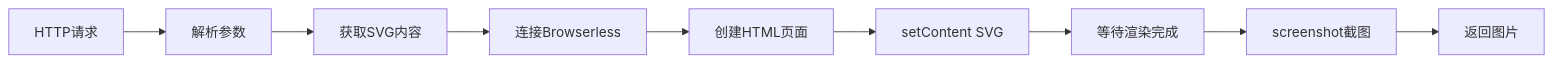
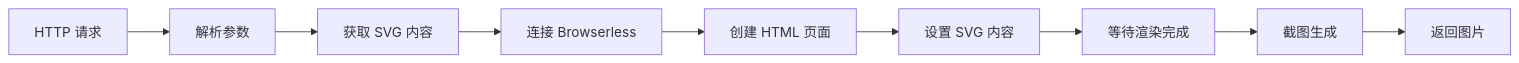
Before and after one commit to NuerSir/svg2img: the second of 4 diagrams in docs/technical-design.md, drawn with Mermaid. The commit also changed other lines of this file and 9 other files, not shown here.

````diff
--- a/docs/technical-design.md
+++ b/docs/technical-design.md
@@ -29,11 +78,11 @@
 ```mermaid
-graph LR
-    A[HTTP请求] --> B[解析参数]
-    B --> C[获取SVG内容]
-    C --> D[连接Browserless]
-    D --> E[创建HTML页面]
-    E --> F[setContent SVG]
+flowchart LR
+    A[HTTP 请求] --> B[解析参数]
+    B --> C[获取 SVG 内容]
+    C --> D[连接 Browserless]
+    D --> E[创建 HTML 页面]
+    E --> F[设置 SVG 内容]
     F --> G[等待渲染完成]
-    G --> H[screenshot截图]
+    G --> H[截图生成]
     H --> I[返回图片]
 ```
````
